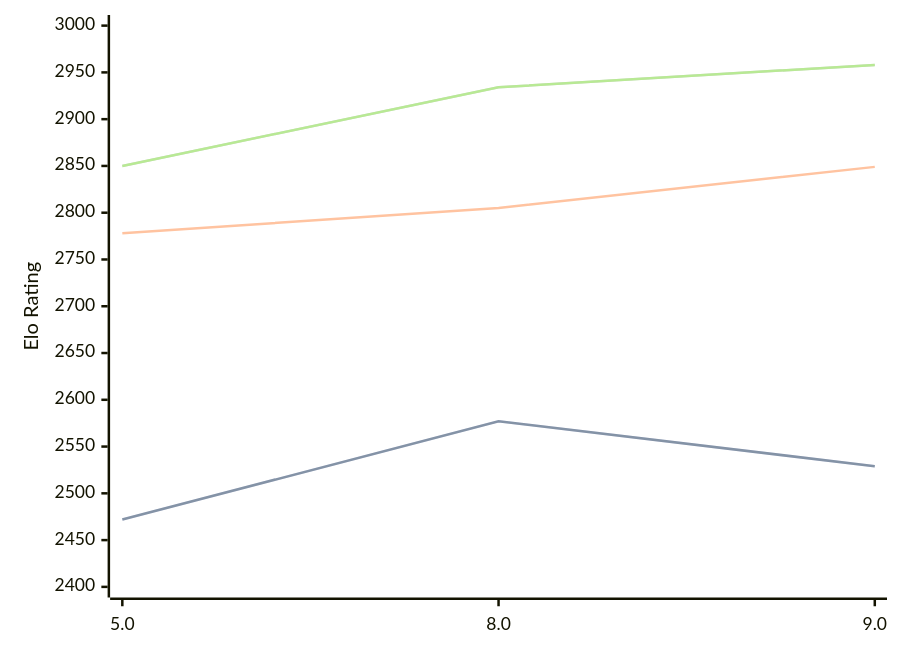
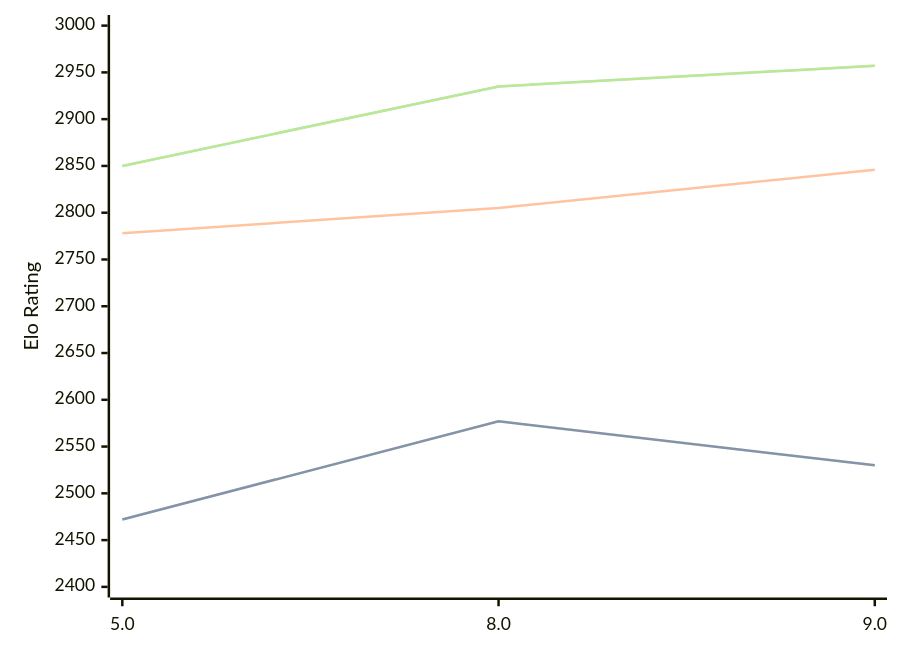
The diagram in engines/4kc.md (computer-chess-index/cci), drawn with Mermaid before and after one commit. The commit also changed other lines of this file, not shown here.

Commit message:
Update CCI Ratings (ELO VLTC) - 2026-07-31

````diff
--- a/engines/4kc.md
+++ b/engines/4kc.md
@@ -42,11 +42,11 @@
 ```mermaid
 %%{init: {"theme":"base","themeVariables":{"seriesColors:['#a3a3a3','#222221','#faa371']}}}%%
 xychart-beta
   x-axis ["5.0", "8.0", "9.0"]
   y-axis "Elo Rating" 2400 --> 3000
-  line "STC (8.0+0.08s)" [2472, 2577, 2529]
-  line "STC (8.0+0.08s)" [2472, 2577, 2529]
-  line "LTC (60.0+0.60s)" [2778, 2805, 2849]
-  line "VLTC (2m24s+1.12s)" [2850, 2934, 2958]
-  line "VLTC (2m24s+1.12s)" [2850, 2934, 2958]
+  line "STC (8.0+0.08s)" [2472, 2577, 2530]
+  line "STC (8.0+0.08s)" [2472, 2577, 2530]
+  line "LTC (60.0+0.60s)" [2778, 2805, 2846]
+  line "VLTC (2m24s+1.12s)" [2850, 2935, 2957]
+  line "VLTC (2m24s+1.12s)" [2850, 2935, 2957]
 ```
````
